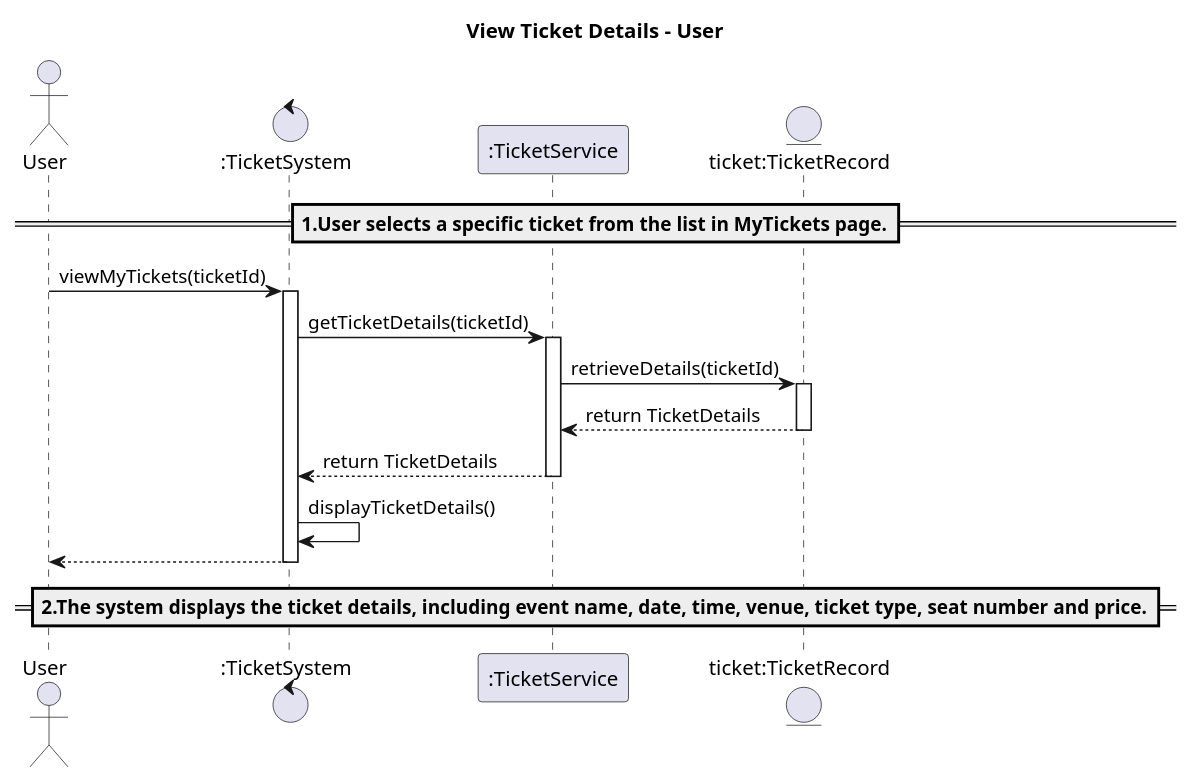
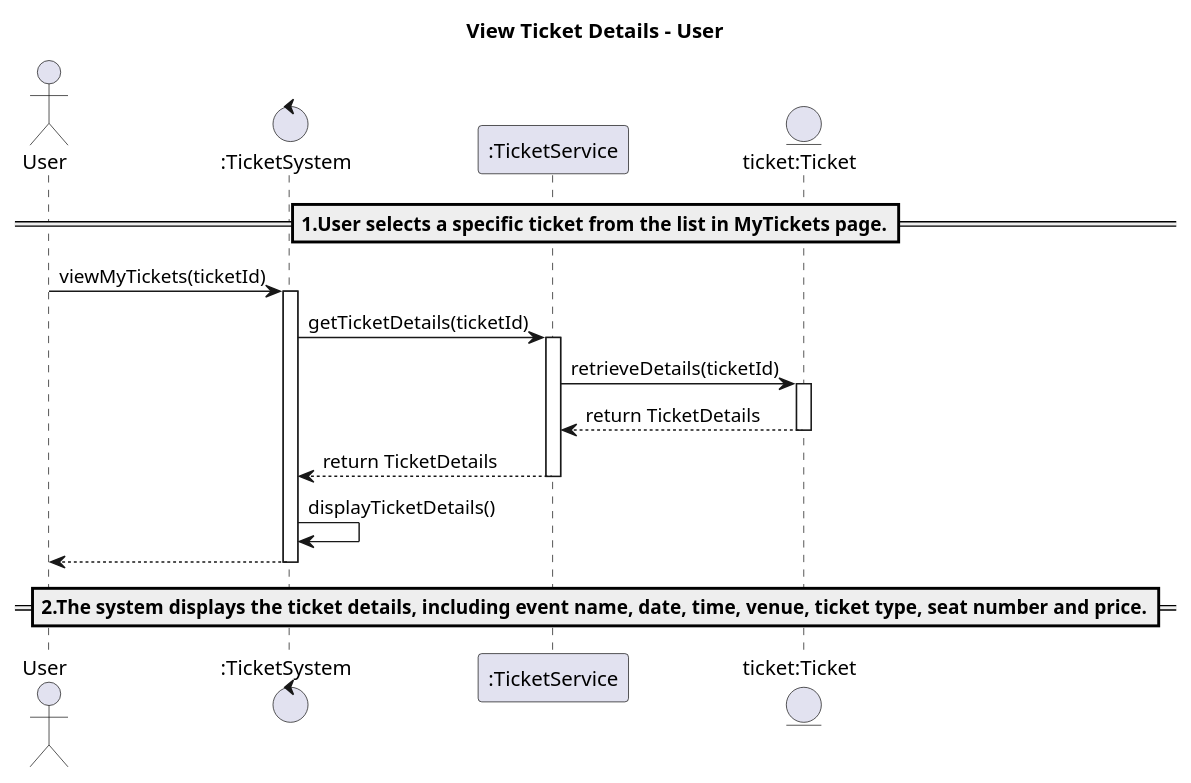
One commit to mrle0429/Event-Management-System changed the diagram in 02-analysis/View_Ticket_Details.puml. Above: the diagram before and after it, drawn with PlantUML. The commit also changed 5 other files, not shown here.

```diff
--- a/02-analysis/View_Ticket_Details.puml
+++ b/02-analysis/View_Ticket_Details.puml
@@ -1,24 +1,24 @@
 @startuml
 title View Ticket Details - User
 
 actor User
 control ":TicketSystem" as UD
 participant ":TicketService" as TS
-entity "ticket:TicketRecord" as ticket
+entity "ticket:Ticket" as ticket
 
 == 1.User selects a specific ticket from the list in MyTickets page.==
 User -> UD : viewMyTickets(ticketId)
 activate UD
 UD -> TS : getTicketDetails(ticketId)
 activate TS
 TS -> ticket : retrieveDetails(ticketId)
 activate ticket
 ticket --> TS : return TicketDetails
 deactivate ticket
 TS --> UD : return TicketDetails
 deactivate TS
 UD -> UD : displayTicketDetails()
 UD --> User :
 deactivate UD
 ==2.The system displays the ticket details, including event name, date, time, venue, ticket type, seat number and price.==
 @enduml
```
